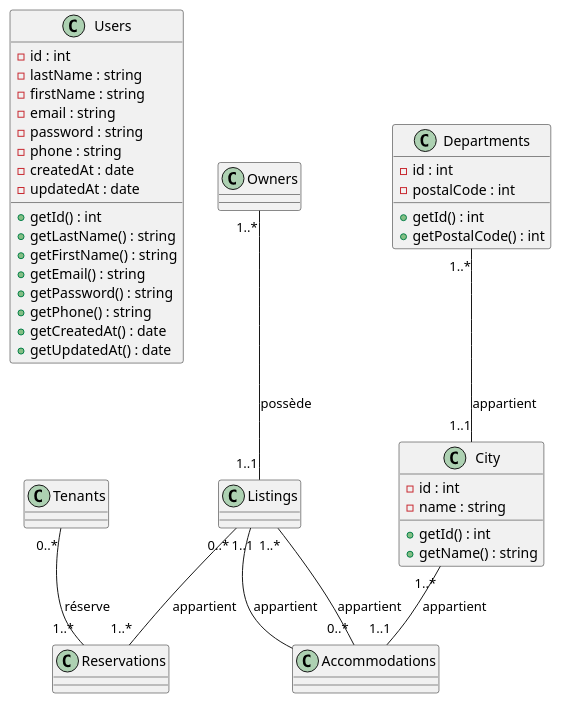
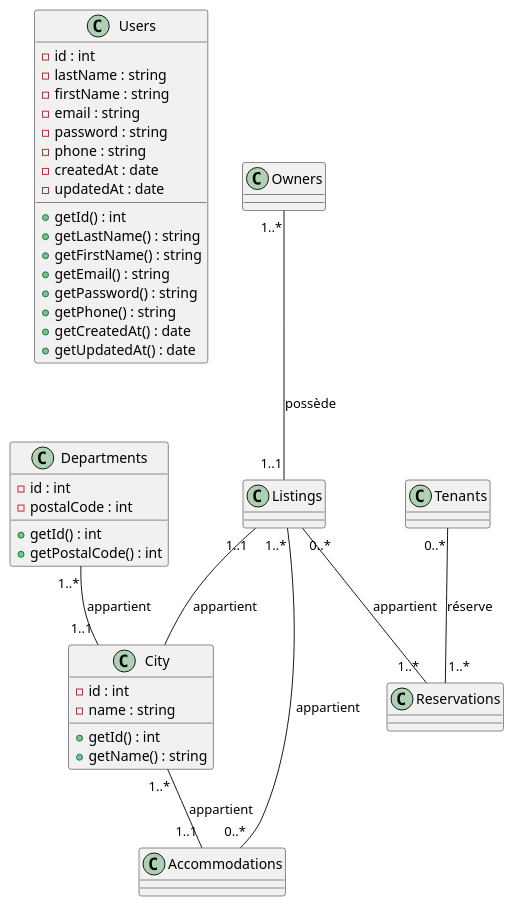
Before and after one commit to djearsene/DIAGRAMMEETNA: the diagram in class_a.wsd, drawn with PlantUML.

Commit message:
pourquoi

```diff
--- a/class_a.wsd
+++ b/class_a.wsd
@@ -1,50 +1,50 @@
 @startuml DIAGRAMMECLASS
 
   class Users {
   - id : int
   - lastName : string
   - firstName : string
   - email : string
   - password : string
   - phone : string
   - createdAt : date
   - updatedAt : date
 
 
   + getId() : int
   + getLastName() : string
   + getFirstName() : string
   + getEmail() : string
   + getPassword() : string
   + getPhone() : string
   + getCreatedAt() : date
   + getUpdatedAt() : date
 
 }
 
 
 class Departments {
     - id : int
     - postalCode : int
 
     + getId() : int
     + getPostalCode() : int
 }
 
 class City {
     - id : int
     - name : string
 
     + getId() : int
     + getName() : string
 }
 
 Tenants"0..*" -- "1..*"Reservations: réserve
 Owners"1..*" -- "1..1"Listings: possède
 Listings"0..*" -- "1..*"Reservations: appartient
 Listings"1..*" -- "0..*"Accommodations: appartient
-Listings"1..1" -- Accommodations: appartient
+Listings"1..1" -- City: appartient
 Departments"1..*" -- "1..1"City: appartient
 City"1..*" -- "1..1"Accommodations: appartient
     
 @enduml
```
